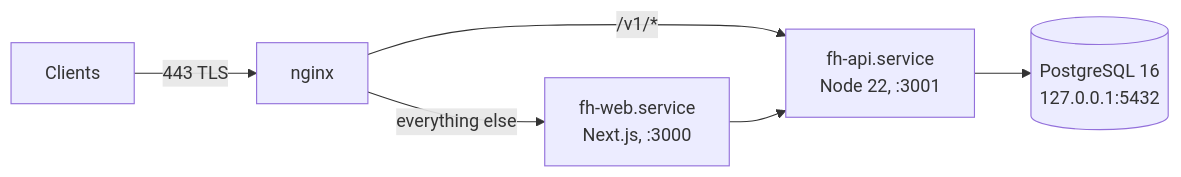
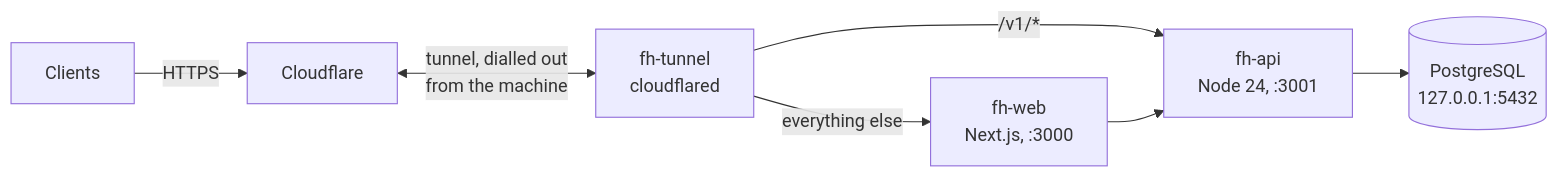
Before and after one commit to KingCharlesVI/fh-watch: the third of 3 diagrams in docs/design.md, drawn with Mermaid. The commit also changed other lines of this file and 103 other files, not shown here.

````diff
--- a/docs/design.md
+++ b/docs/design.md
@@ -374,8 +384,9 @@
 ```mermaid
 flowchart LR
-    C[Clients] -->|443 TLS| N[nginx]
-    N -->|/v1/*| A[fh-api.service<br/>Node 22, :3001]
-    N -->|everything else| W[fh-web.service<br/>Next.js, :3000]
-    A --> P[(PostgreSQL 16<br/>127.0.0.1:5432)]
+    C[Clients] -->|HTTPS| CF[Cloudflare]
+    CF <-->|tunnel, dialled out<br/>from the machine| T[fh-tunnel<br/>cloudflared]
+    T -->|/v1/*| A[fh-api<br/>Node 24, :3001]
+    T -->|everything else| W[fh-web<br/>Next.js, :3000]
+    A --> P[(PostgreSQL<br/>127.0.0.1:5432)]
     W --> A
 ```
````
